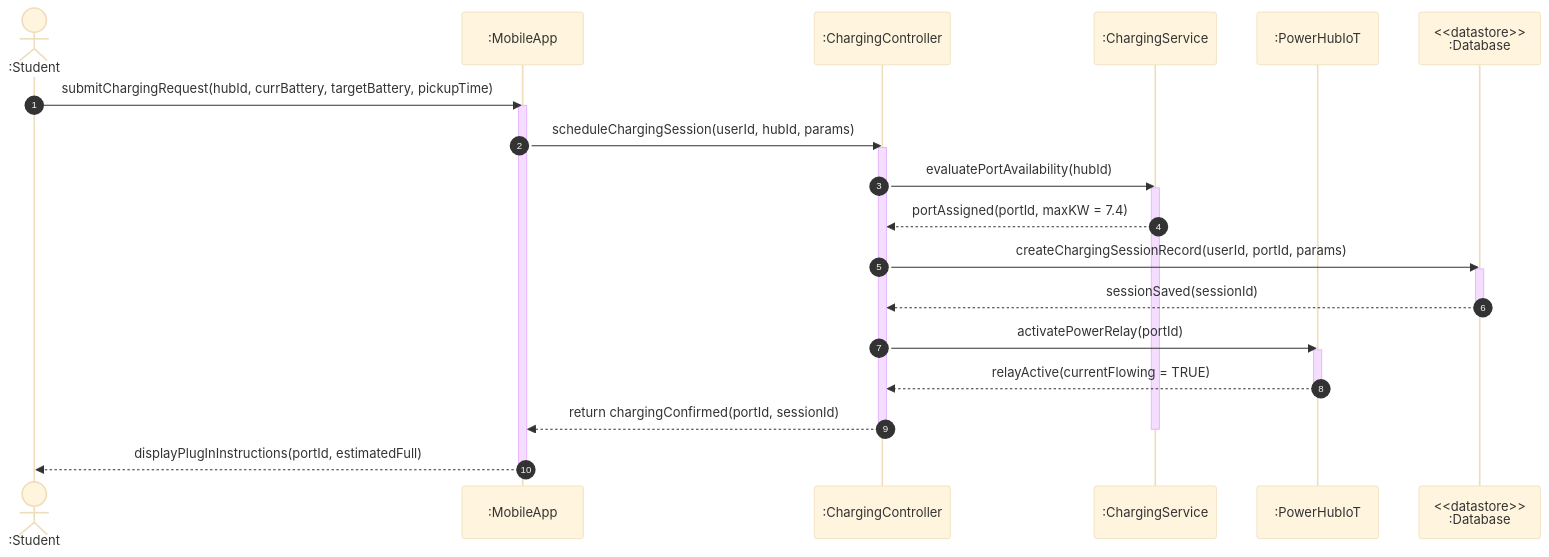
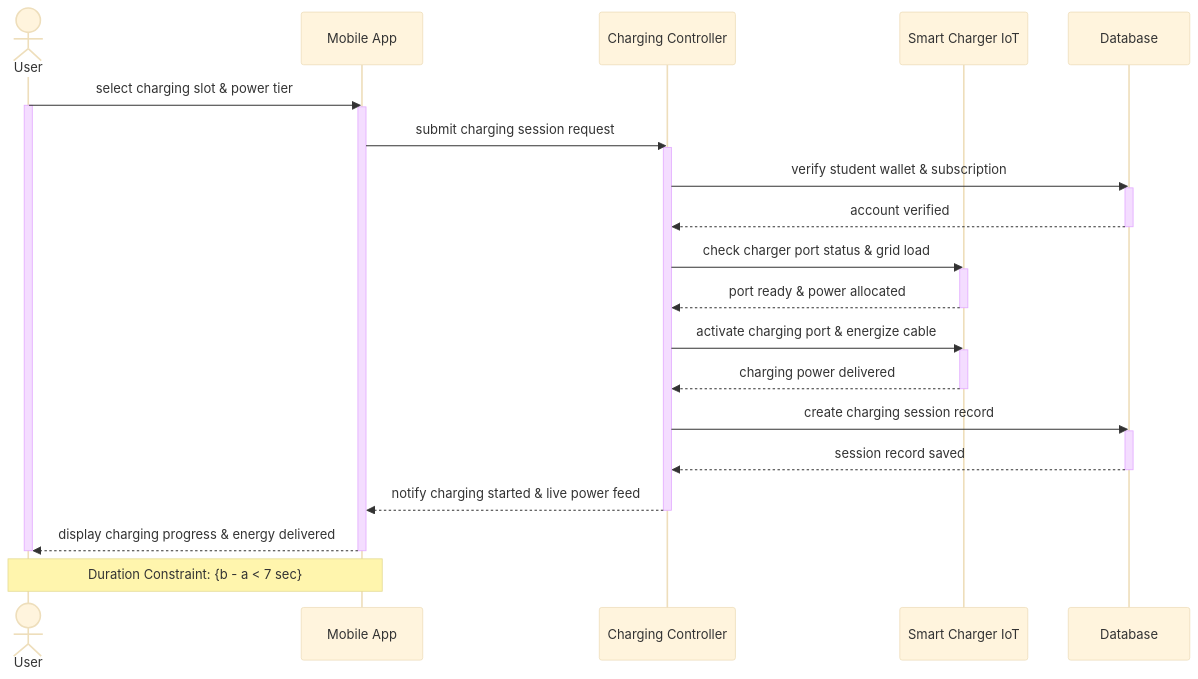
The eighth of 14 diagrams in 01_Diagram/02_Sequence_Diagram/PLANTUML_SEQUENCE.md (YdtTran/software-engineerning), drawn with Mermaid (base theme) before and after one commit. The commit also changed other lines of this file and 19 other files, not shown here.

Commit message:
feat(diagram): update sequence diagrams with slide-standard visuals and rendered pngs

````diff
--- a/01_Diagram/02_Sequence_Diagram/PLANTUML_SEQUENCE.md
+++ b/01_Diagram/02_Sequence_Diagram/PLANTUML_SEQUENCE.md
@@ -320,31 +373,36 @@
 ```mermaid
 sequenceDiagram
-    autonumber
-    actor User as :Student
-    participant UI as :MobileApp
-    participant Ctrl as :ChargingController
-    participant Svc as :ChargingService
-    participant IoT as :PowerHubIoT
-    participant DB as <<datastore>><br/>:Database
+    actor User as User
+    participant App as Mobile App
+    participant Ctrl as Charging Controller
+    participant Charger as Smart Charger IoT
+    participant DB as Database
 
-    User->>UI: submitChargingRequest(hubId, currBattery, targetBattery, pickupTime)
-    activate UI
-    UI->>Ctrl: scheduleChargingSession(userId, hubId, params)
+    User->>App: select charging slot & power tier
+    activate User
+    activate App
+    App->>Ctrl: submit charging session request
     activate Ctrl
-    Ctrl->>Svc: evaluatePortAvailability(hubId)
-    activate Svc
-    Svc-->>Ctrl: portAssigned(portId, maxKW = 7.4)
-    Ctrl->>DB: createChargingSessionRecord(userId, portId, params)
+    Ctrl->>DB: verify student wallet & subscription
     activate DB
-    DB-->>Ctrl: sessionSaved(sessionId)
+    DB-->>Ctrl: account verified
     deactivate DB
-    Ctrl->>IoT: activatePowerRelay(portId)
-    activate IoT
-    IoT-->>Ctrl: relayActive(currentFlowing = TRUE)
-    deactivate IoT
-    Ctrl-->>UI: return chargingConfirmed(portId, sessionId)
-    deactivate Svc
+    Ctrl->>Charger: check charger port status & grid load
+    activate Charger
+    Charger-->>Ctrl: port ready & power allocated
+    deactivate Charger
+    Ctrl->>Charger: activate charging port & energize cable
+    activate Charger
+    Charger-->>Ctrl: charging power delivered
+    deactivate Charger
+    Ctrl->>DB: create charging session record
+    activate DB
+    DB-->>Ctrl: session record saved
+    deactivate DB
+    Ctrl-->>App: notify charging started & live power feed
     deactivate Ctrl
-    UI-->>User: displayPlugInInstructions(portId, estimatedFull)
-    deactivate UI
+    App-->>User: display charging progress & energy delivered
+    deactivate App
+    deactivate User
+    Note over User,App: Duration Constraint: {b - a < 7 sec}
 ```
````
